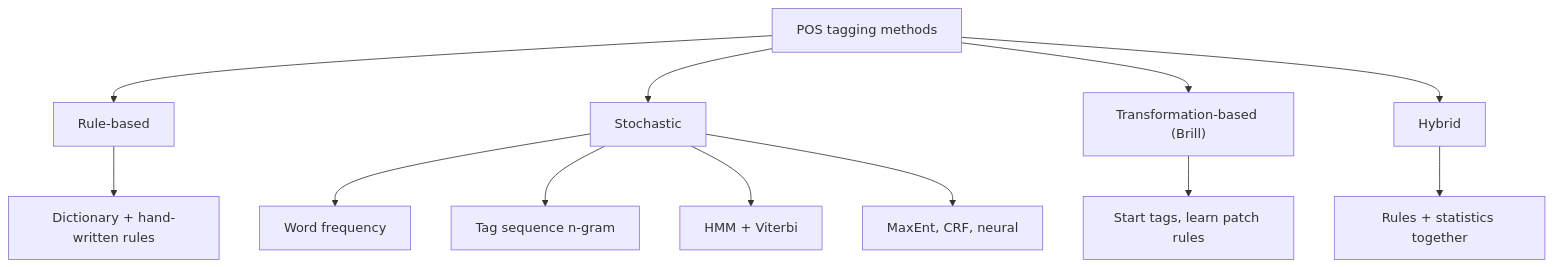
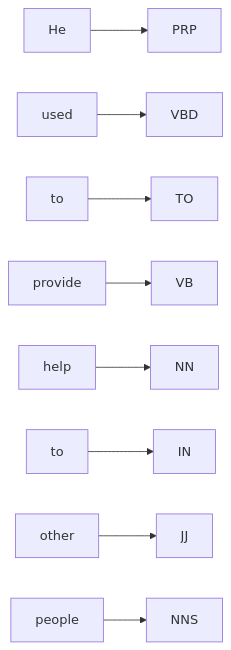
Before and after one commit to TrendySloth1001/sem-seven-notes: the second of 5 diagrams in content/natural-language-processing/notes/pos-tagging.mdx, drawn with Mermaid. The commit also changed other lines of this file and 406 other files, not shown here.

````diff
--- a/content/natural-language-processing/notes/pos-tagging.mdx
+++ b/content/natural-language-processing/notes/pos-tagging.mdx
@@ -278,15 +95,12 @@
 ```mermaid
-%% caption: Families of POS taggers. Rule-based uses hand-written rules; stochastic uses probabilities from a tagged corpus; transformation-based learns rules from data. Hybrid taggers mix them.
-flowchart TD
-  T["POS tagging methods"] --> R["Rule-based"]
-  T --> S["Stochastic"]
-  T --> TB["Transformation-based (Brill)"]
-  T --> H["Hybrid"]
-  R --> R1["Dictionary + hand-written rules"]
-  S --> S1["Word frequency"]
-  S --> S2["Tag sequence n-gram"]
-  S --> S3["HMM + Viterbi"]
-  S --> S4["MaxEnt, CRF, neural"]
-  TB --> TB1["Start tags, learn patch rules"]
-  H --> H1["Rules + statistics together"]
+%% caption: How the tags are assigned to the sentence, word by word.
+flowchart LR
+  A["He"] --> A1["PRP"]
+  B["used"] --> B1["VBD"]
+  C["to"] --> C1["TO"]
+  D["provide"] --> D1["VB"]
+  E["help"] --> E1["NN"]
+  F["to"] --> F1["IN"]
+  G["other"] --> G1["JJ"]
+  H["people"] --> H1["NNS"]
 ```
````
